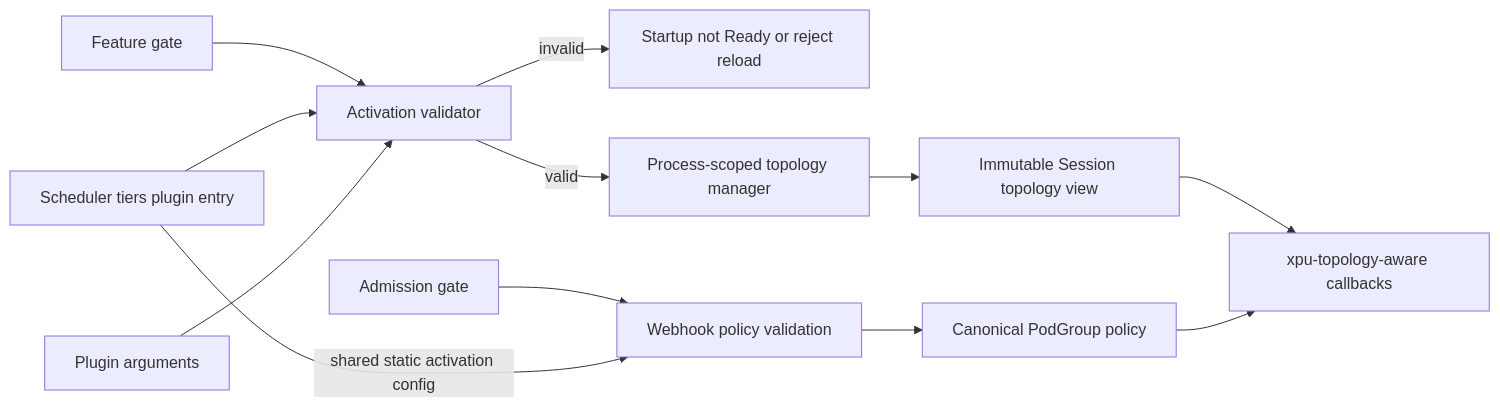
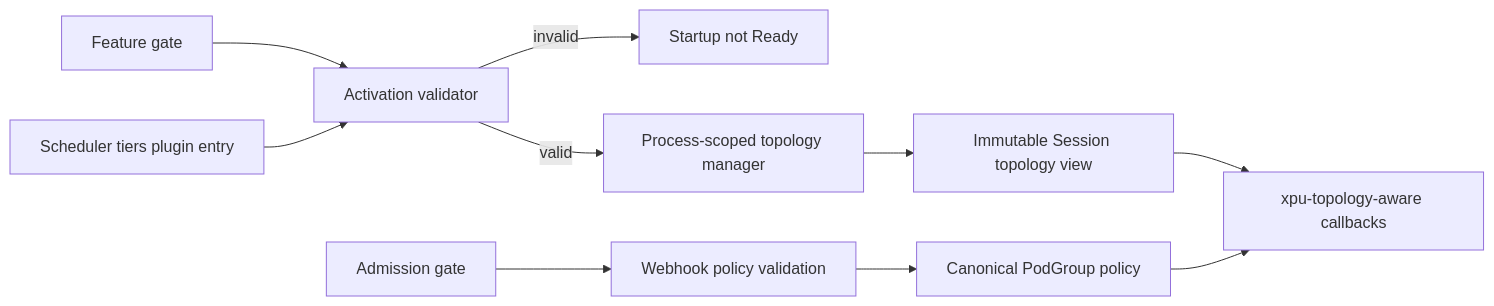
One commit to SiuMai99/volcano changed the second of 4 diagrams in docs/design/xpu-topology-aware/99-generic-xpu-topology-aware-design-zh-v4.md. Above: the diagram before and after it, drawn with Mermaid. The commit also changed other lines of this file and 2 other files, not shown here.

```diff
--- a/docs/design/xpu-topology-aware/99-generic-xpu-topology-aware-design-zh-v4.md
+++ b/docs/design/xpu-topology-aware/99-generic-xpu-topology-aware-design-zh-v4.md
@@ -203,14 +201,12 @@
 ~~~mermaid
 flowchart LR
     FG[Feature gate] --> V[Activation validator]
     PC[Scheduler tiers plugin entry] --> V
-    AR[Plugin arguments] --> V
-    V -->|invalid| NR[Startup not Ready or reject reload]
+    V -->|invalid| NR[Startup not Ready]
     V -->|valid| TM[Process-scoped topology manager]
     TM --> SV[Immutable Session topology view]
     SV --> PL[xpu-topology-aware callbacks]
     WG[Admission gate] --> WH[Webhook policy validation]
-    PC -->|shared static activation config| WH
     WH --> PG[Canonical PodGroup policy]
     PG --> PL
 ~~~
```
